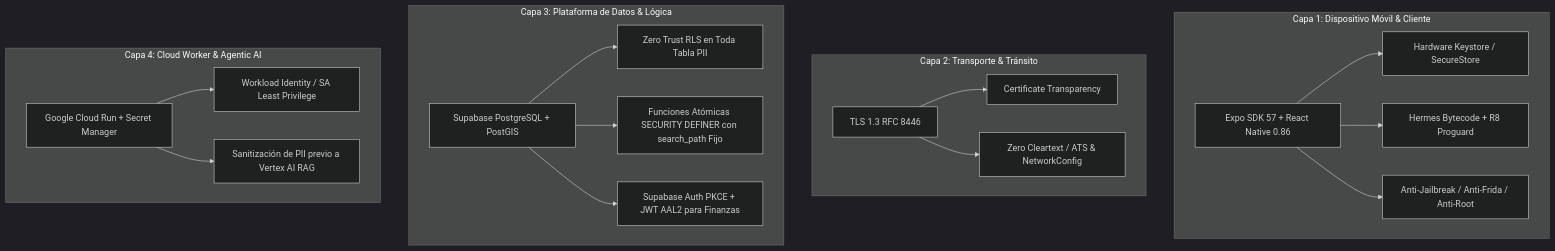
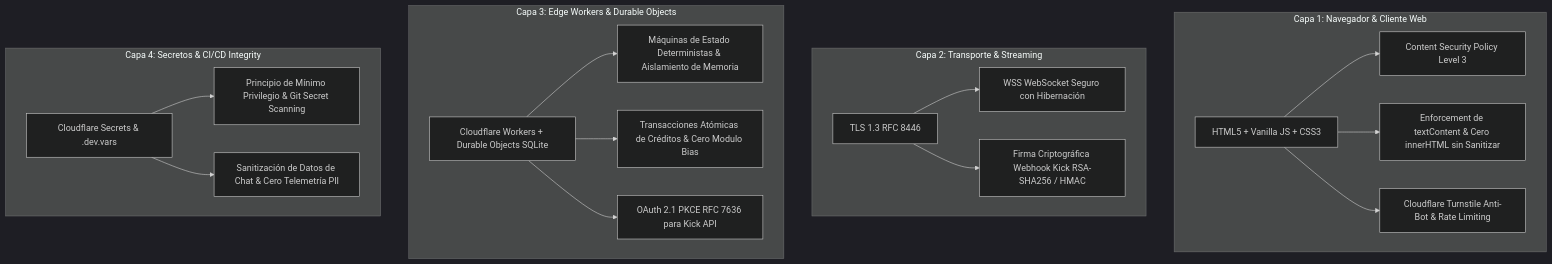
One commit to thunderalbatros/diggitybets changed the diagram in knowledge/cybersecurity/CYBERSECURITY_MASTER_PROTOCOL.md. Above: the diagram before and after it, drawn with Mermaid (dark theme). The commit also changed other lines of this file and 49 other files, not shown here.

````diff
--- a/knowledge/cybersecurity/CYBERSECURITY_MASTER_PROTOCOL.md
+++ b/knowledge/cybersecurity/CYBERSECURITY_MASTER_PROTOCOL.md
@@ -24,21 +25,21 @@
 ```mermaid
 graph TD
-    subgraph Capa 1: Dispositivo Móvil & Cliente
-        A[Expo SDK 57 + React Native 0.86] --> B[Hardware Keystore / SecureStore]
-        A --> C[Hermes Bytecode + R8 Proguard]
-        A --> D[Anti-Jailbreak / Anti-Frida / Anti-Root]
+    subgraph Capa 1: Navegador & Cliente Web
+        A[HTML5 + Vanilla JS + CSS3] --> B[Content Security Policy Level 3]
+        A --> C[Enforcement de textContent & Cero innerHTML sin Sanitizar]
+        A --> D[Cloudflare Turnstile Anti-Bot & Rate Limiting]
     end
-    subgraph Capa 2: Transporte & Tránsito
-        E[TLS 1.3 RFC 8446] --> F[Certificate Transparency]
-        E --> G[Zero Cleartext / ATS & NetworkConfig]
+    subgraph Capa 2: Transporte & Streaming
+        E[TLS 1.3 RFC 8446] --> F[WSS WebSocket Seguro con Hibernación]
+        E --> G[Firma Criptográfica Webhook Kick RSA-SHA256 / HMAC]
     end
-    subgraph Capa 3: Plataforma de Datos & Lógica
-        H[Supabase PostgreSQL + PostGIS] --> I[Zero Trust RLS en Toda Tabla PII]
-        H --> J[Funciones Atómicas SECURITY DEFINER con search_path Fijo]
-        H --> K[Supabase Auth PKCE + JWT AAL2 para Finanzas]
+    subgraph Capa 3: Edge Workers & Durable Objects
+        H[Cloudflare Workers + Durable Objects SQLite] --> I[Máquinas de Estado Deterministas & Aislamiento de Memoria]
+        H --> J[Transacciones Atómicas de Créditos & Cero Modulo Bias]
+        H --> K[OAuth 2.1 PKCE RFC 7636 para Kick API]
     end
-    subgraph Capa 4: Cloud Worker & Agentic AI
-        L[Google Cloud Run + Secret Manager] --> M[Workload Identity / SA Least Privilege]
-        L --> N[Sanitización de PII previo a Vertex AI RAG]
+    subgraph Capa 4: Secretos & CI/CD Integrity
+        L[Cloudflare Secrets & .dev.vars] --> M[Principio de Mínimo Privilegio & Git Secret Scanning]
+        L --> N[Sanitización de Datos de Chat & Cero Telemetría PII]
     end
 ```
````
